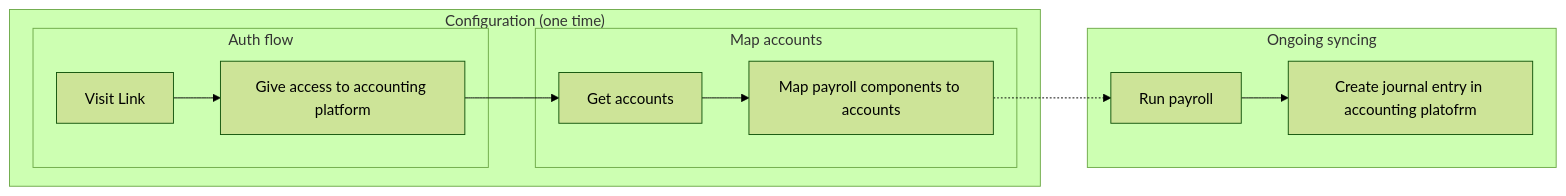
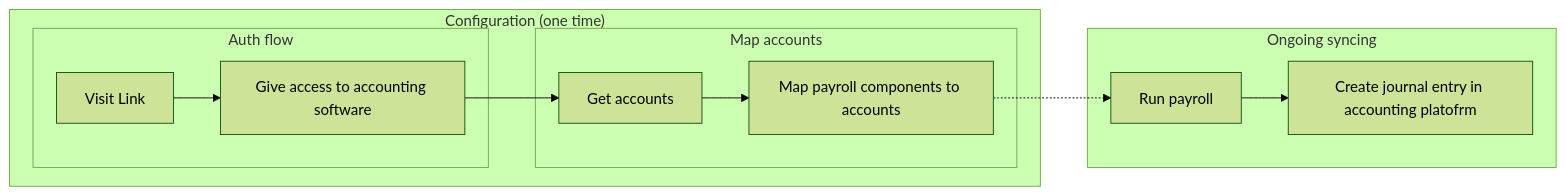
Before and after one commit to codatio/codat-docs: the diagram in docs/payroll/overview.mdx, drawn with Mermaid (forest theme). The commit also changed other lines of this file and 168 other files, not shown here.

````diff
--- a/docs/payroll/overview.mdx
+++ b/docs/payroll/overview.mdx
@@ -37,16 +37,16 @@
 ```mermaid
 flowchart LR
   subgraph X["Configuration (one time)"]
     subgraph Auth flow
-        A["Visit Link"] --> B["Give access to accounting platform"]
+        A["Visit Link"] --> B["Give access to accounting software"]
     end
     subgraph Map accounts
         C["Get accounts"] --> D["Map payroll components to accounts"]
         B --> C
     end
   end
   subgraph Ongoing syncing
     E["Run payroll"] --> F["Create journal entry in accounting platofrm"]
     D -.-> E
   end
 ```
````
